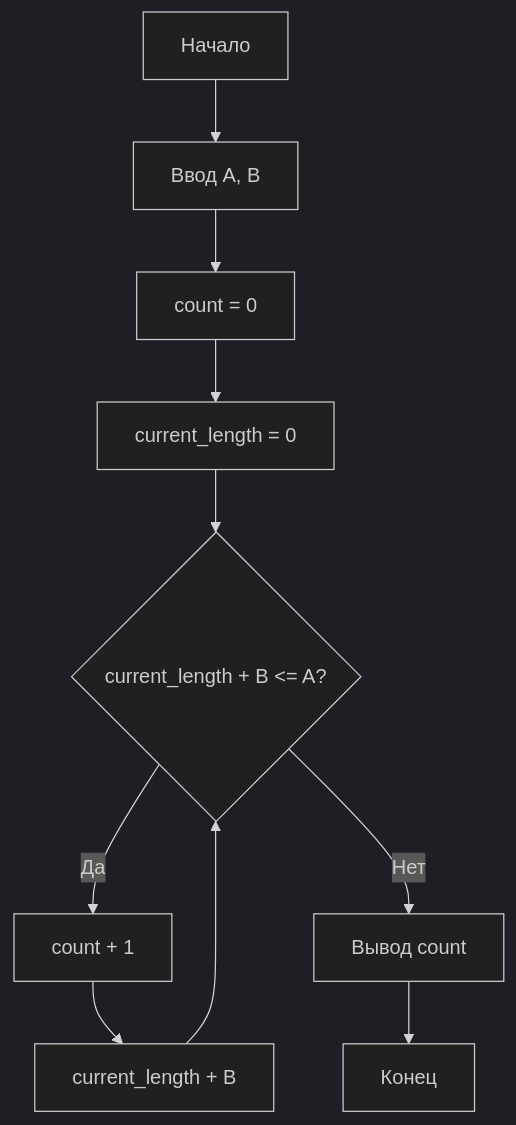
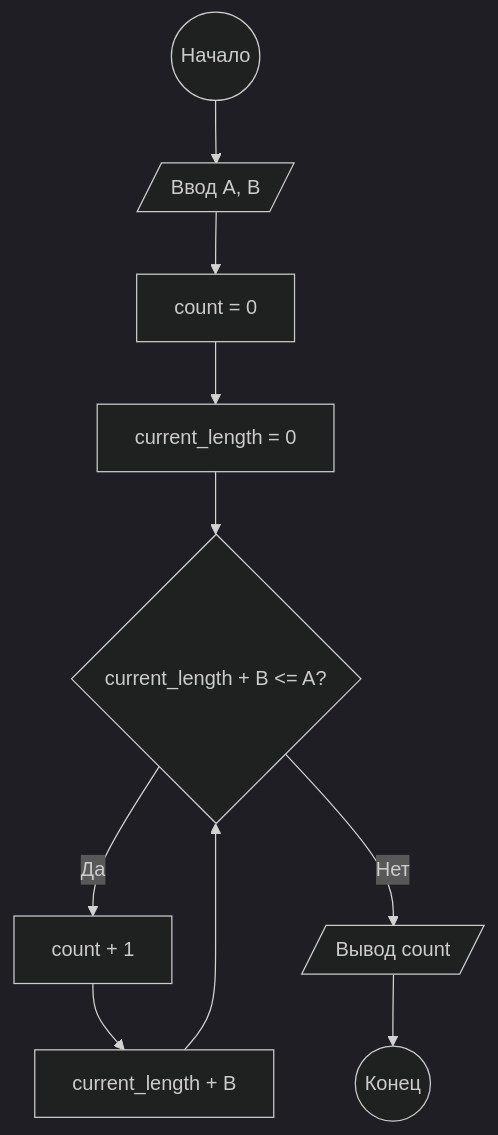
One commit to topanim/python-programming-practice changed the diagram in practices/p4/n2/README.md. Above: the diagram before and after it, drawn with Mermaid (dark theme). The commit also changed 4 other files, not shown here.

````diff
--- a/practices/p4/n2/README.md
+++ b/practices/p4/n2/README.md
@@ -16,12 +16,12 @@
 ```mermaid
 graph TB
-    A[Начало] --> B[Ввод A, B];
+    A((Начало)) --> B[/Ввод A, B/];
     B --> C[count = 0];
     C --> D[current_length = 0];
     D --> E{current_length + B <= A?};
     E -- Да --> F[count + 1];
     F --> G[current_length + B];
     G --> E;
-    E -- Нет --> H[Вывод count];
-    H --> I[Конец];
+    E -- Нет --> H[/Вывод count/];
+    H --> I((Конец));
 ```
````
